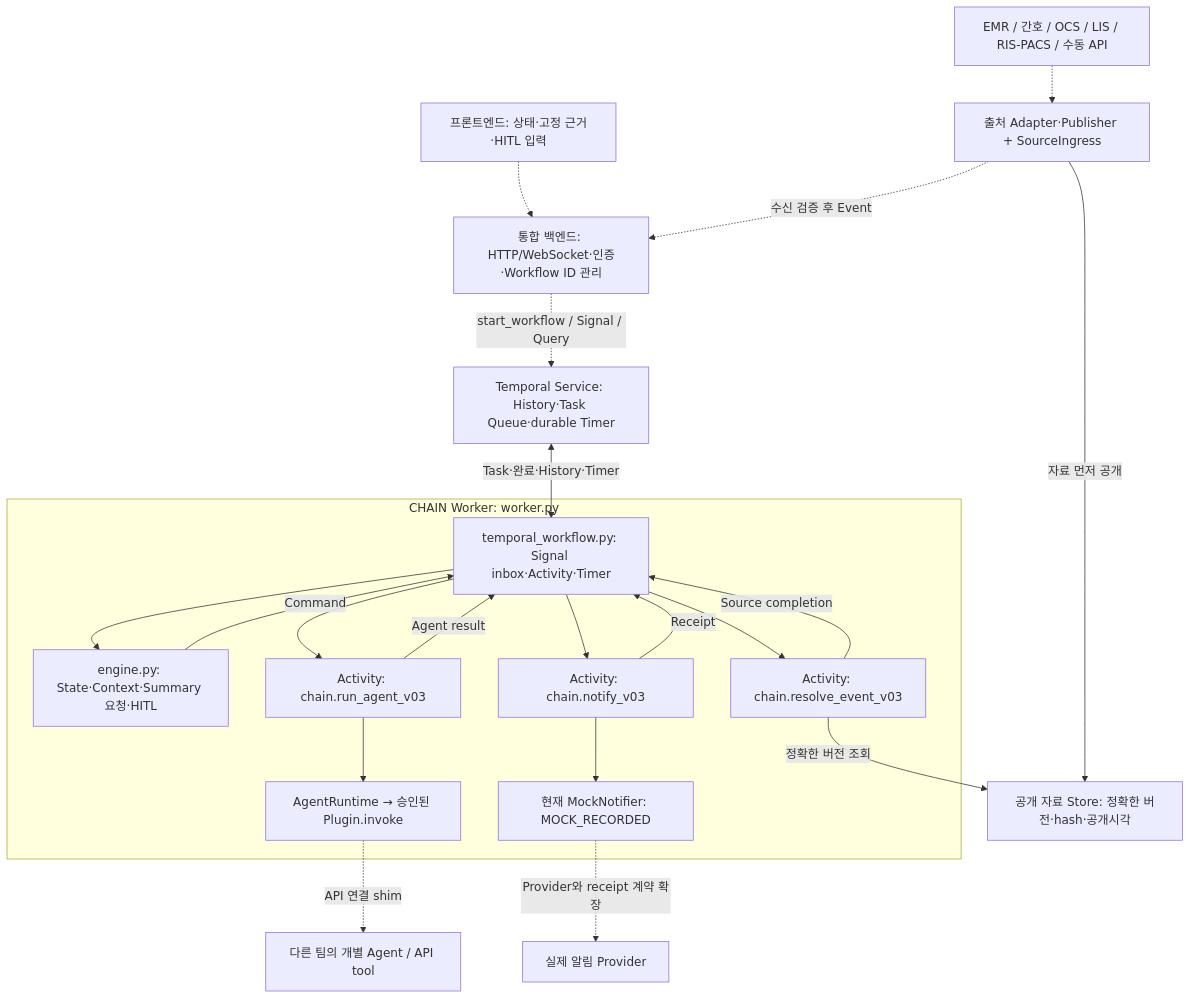
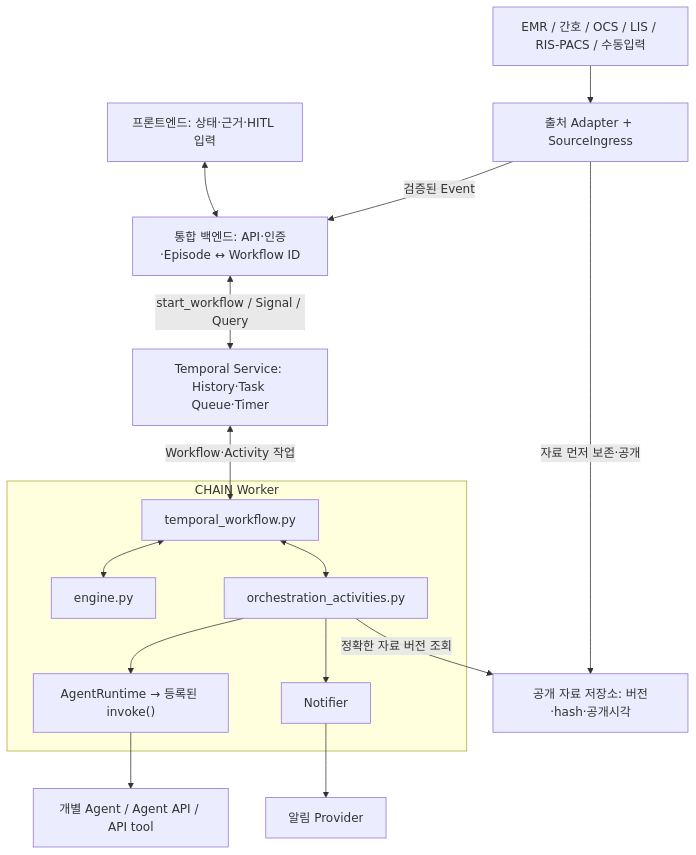
One commit to donggunseo/chain-orchestrator-v03 changed the diagram in README.md. Above: the diagram before and after it, drawn with Mermaid. The commit also changed other lines of this file and 35 other files, not shown here.

````diff
--- a/README.md
+++ b/README.md
@@ -130,41 +41,33 @@
 ```mermaid
 flowchart TB
-    UI["프론트엔드: 상태·고정 근거·HITL 입력"]
-    BE["통합 백엔드: HTTP/WebSocket·인증·Workflow ID 관리"]
-    TS["Temporal Service: History·Task Queue·durable Timer"]
-    HOSP["EMR / 간호 / OCS / LIS / RIS-PACS / 수동 API"]
-    PUB["출처 Adapter·Publisher + SourceIngress"]
-    STORE["공개 자료 Store: 정확한 버전·hash·공개시각"]
-    AGENTAPI["다른 팀의 개별 Agent / API tool"]
-    NOTIFYAPI["실제 알림 Provider"]
+    UI["프론트엔드: 상태·근거·HITL 입력"]
+    BE["통합 백엔드: API·인증·Episode ↔ Workflow ID"]
+    TS["Temporal Service: History·Task Queue·Timer"]
+    HOSP["EMR / 간호 / OCS / LIS / RIS-PACS / 수동입력"]
+    ING["출처 Adapter + SourceIngress"]
+    STORE["공개 자료 저장소: 버전·hash·공개시각"]
+    AGENT["개별 Agent / Agent API / API tool"]
+    PROVIDER["알림 Provider"]
 
-    subgraph WORKER["CHAIN Worker: worker.py"]
-        WF["temporal_workflow.py: Signal inbox·Activity·Timer"]
-        ENG["engine.py: State·Context·Summary 요청·HITL"]
-        RES["Activity: chain.resolve_event_v03"]
-        INV["Activity: chain.run_agent_v03"]
-        NOT["Activity: chain.notify_v03"]
-        PLUG["AgentRuntime → 승인된 Plugin.invoke"]
-        MOCK["현재 MockNotifier: MOCK_RECORDED"]
-        WF --> ENG
-        ENG -->|"Command"| WF
-        WF --> RES
-        WF --> INV
-        WF --> NOT
-        RES -->|"Source completion"| WF
-        INV -->|"Agent result"| WF
-        NOT -->|"Receipt"| WF
-        INV --> PLUG
-        NOT --> MOCK
+    subgraph WORKER["CHAIN Worker"]
+        WF["temporal_workflow.py"]
+        ENG["engine.py"]
+        ACT["orchestration_activities.py"]
+        RUNTIME["AgentRuntime → 등록된 invoke()"]
+        NOT["Notifier"]
+        WF <--> ENG
+        WF <--> ACT
+        ACT --> RUNTIME
+        ACT --> NOT
     end
 
-    UI -.-> BE
-    BE -.->|"start_workflow / Signal / Query"| TS
-    TS <-->|"Task·완료·History·Timer"| WF
-    HOSP -.-> PUB
-    PUB -->|"자료 먼저 공개"| STORE
-    PUB -.->|"수신 검증 후 Event"| BE
-    RES -->|"정확한 버전 조회"| STORE
-    PLUG -.->|"API 연결 shim"| AGENTAPI
-    MOCK -.->|"Provider와 receipt 계약 확장"| NOTIFYAPI
+    UI <--> BE
+    BE <-->|"start_workflow / Signal / Query"| TS
+    TS <-->|"Workflow·Activity 작업"| WF
+    HOSP --> ING
+    ING -->|"자료 먼저 보존·공개"| STORE
+    ING -->|"검증된 Event"| BE
+    ACT -->|"정확한 자료 버전 조회"| STORE
+    RUNTIME --> AGENT
+    NOT --> PROVIDER
 ```
````
